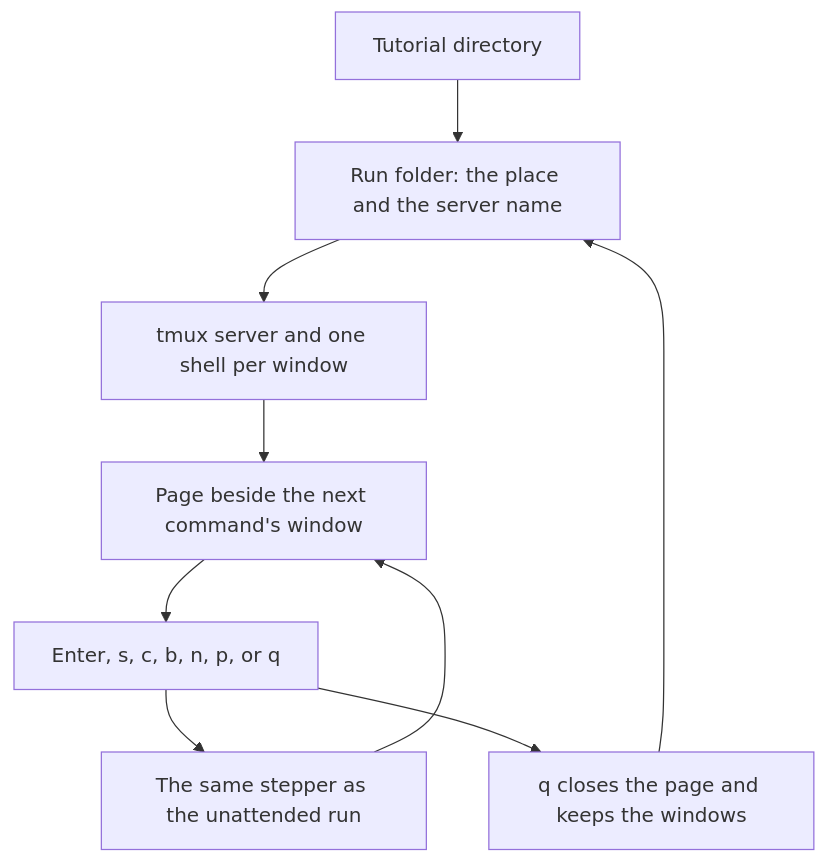
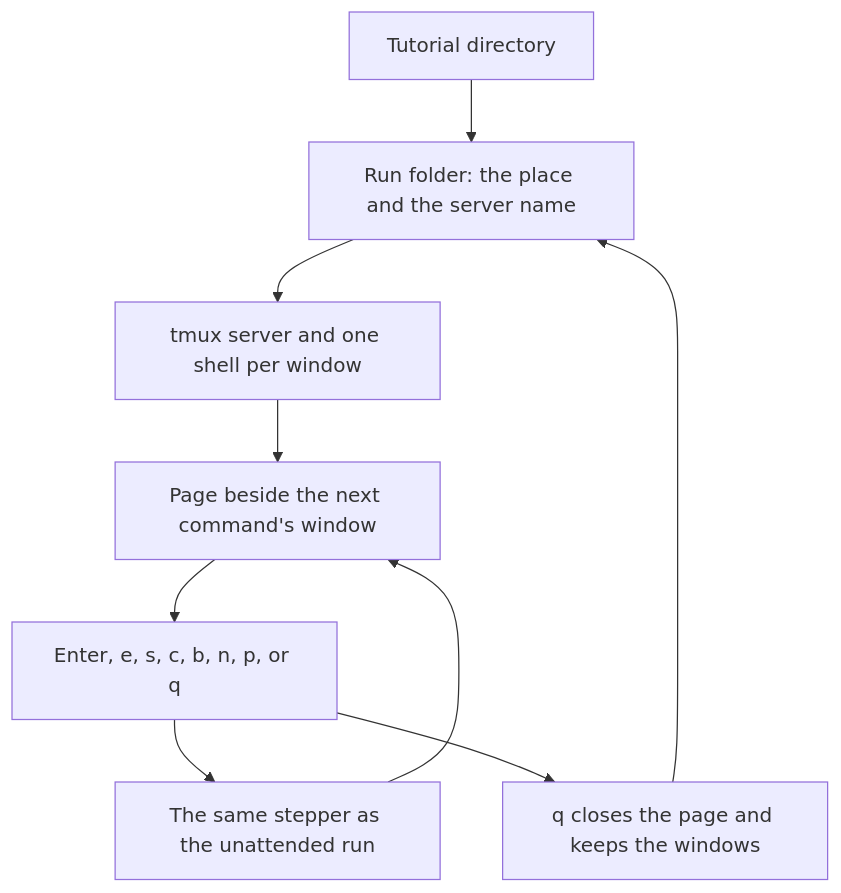
The diagram in docs/terminal.md (lambdasistemi/tutorial-stepper), drawn with Mermaid before and after one commit. The commit also changed other lines of this file and 9 other files, not shown here.

````diff
--- a/docs/terminal.md
+++ b/docs/terminal.md
@@ -9,18 +9,18 @@
 ```mermaid
 flowchart TD
   directory["Tutorial directory"]
   folder["Run folder: the place and the server name"]
   server["tmux server and one shell per window"]
   page["Page beside the next command's window"]
-  key["Enter, s, c, b, n, p, or q"]
+  key["Enter, e, s, c, b, n, p, or q"]
   stepper["The same stepper as the unattended run"]
   stay["q closes the page and keeps the windows"]
   directory --> folder
   folder --> server
   server --> page
   page --> key
   key --> stepper
   stepper --> page
   key --> stay
   stay --> folder
 ```
````
